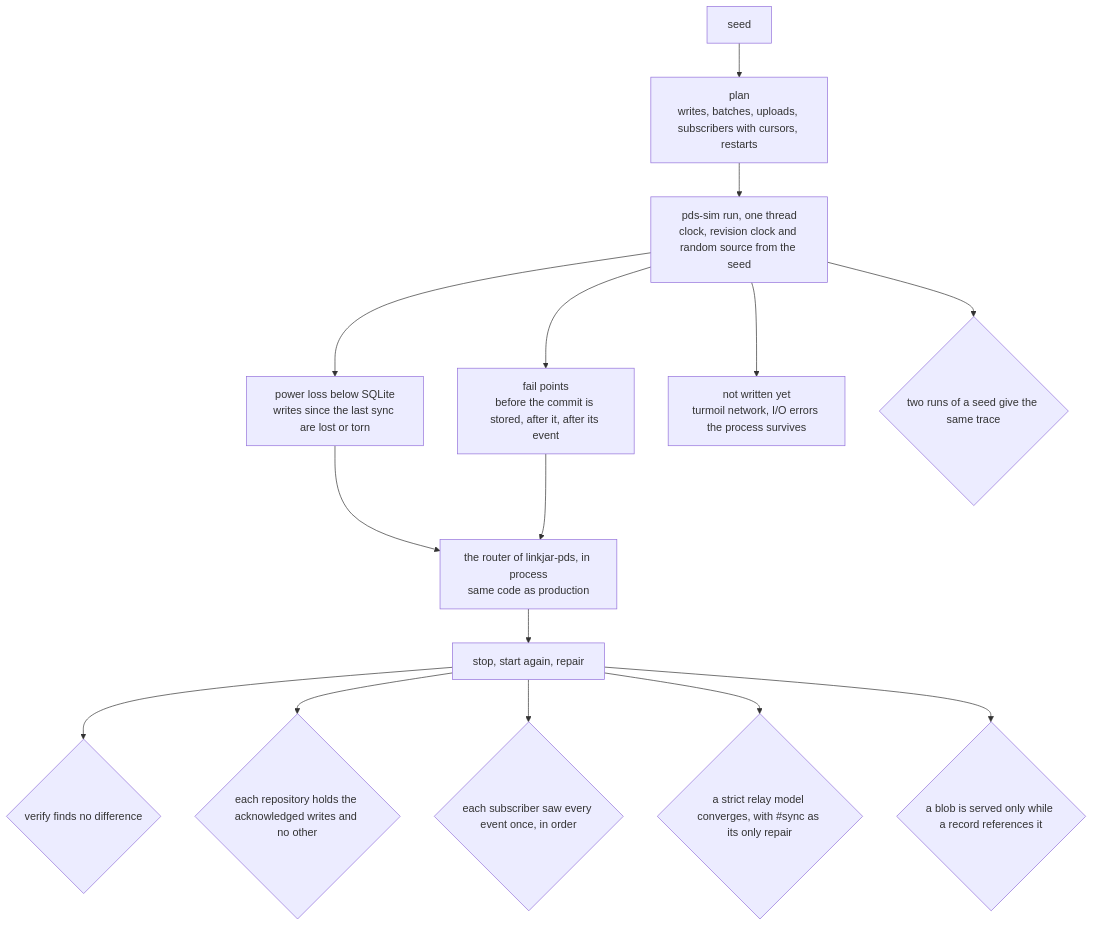
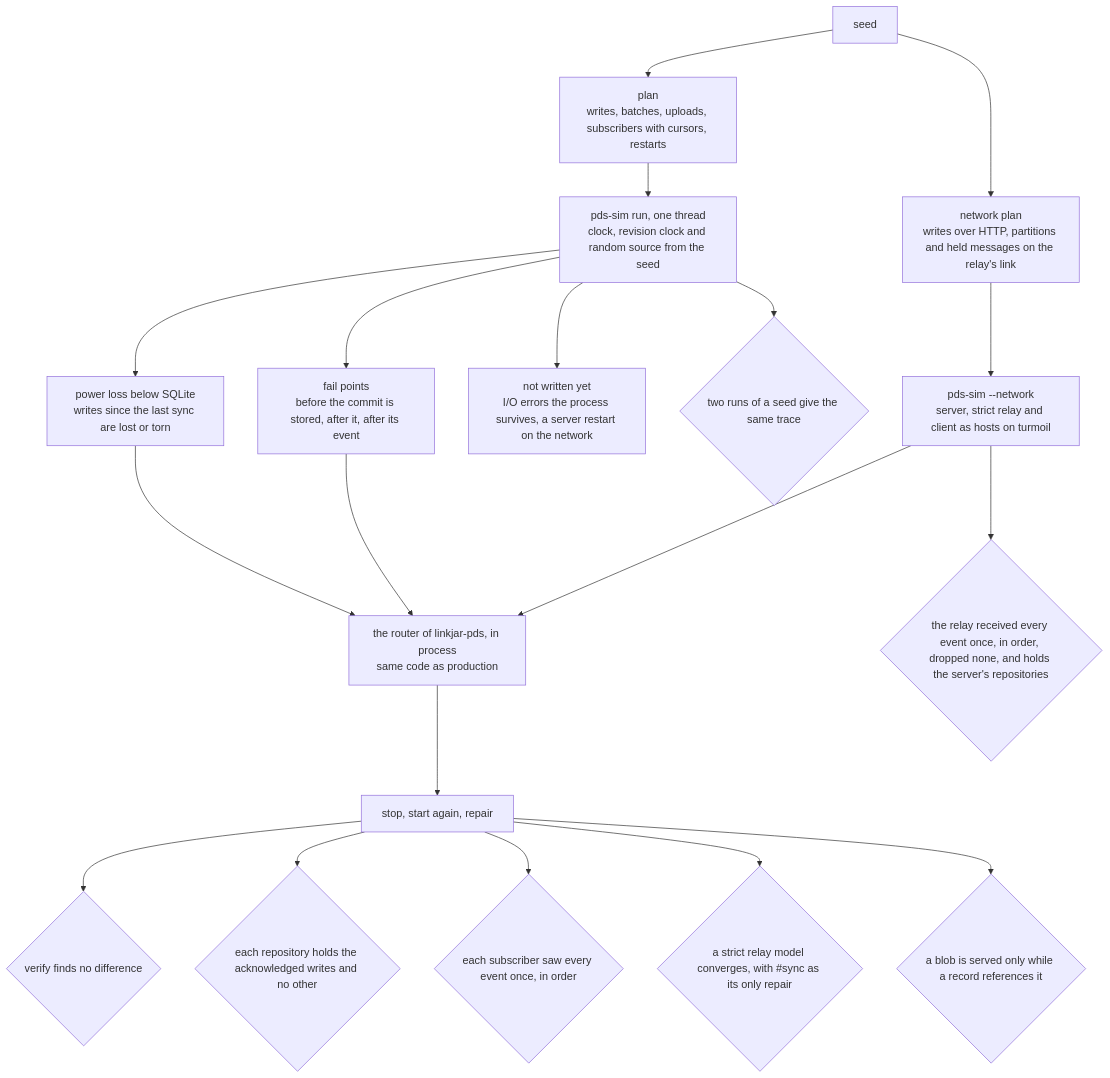
Before and after one commit to linkjar/pds: the diagram in docs/architecture/diagrams/13-simulation.mmd, drawn with Mermaid. The commit also changed 17 other files, not shown here.

```diff
--- a/docs/architecture/diagrams/13-simulation.mmd
+++ b/docs/architecture/diagrams/13-simulation.mmd
@@ -1,15 +1,19 @@
 flowchart TB
   seed[seed] --> plan[plan<br/>writes, batches, uploads, subscribers with cursors, restarts]
   plan --> run[pds-sim run, one thread<br/>clock, revision clock and random source from the seed]
   run --> vfs[power loss below SQLite<br/>writes since the last sync are lost or torn]
   vfs --> sut
   run --> fp[fail points<br/>before the commit is stored, after it, after its event]
-  run --> later[not written yet<br/>turmoil network, I/O errors the process survives]
+  seed --> netplan[network plan<br/>writes over HTTP, partitions and held messages on the relay's link]
+  netplan --> net[pds-sim --network<br/>server, strict relay and client as hosts on turmoil]
+  net --> sut
+  net --> o6{the relay received every event once, in order, dropped none, and holds the server's repositories}
+  run --> later[not written yet<br/>I/O errors the process survives, a server restart on the network]
   fp --> sut[the router of linkjar-pds, in process<br/>same code as production]
   sut --> restart[stop, start again, repair]
   restart --> o1{verify finds no difference}
   restart --> o2{each repository holds the acknowledged writes and no other}
   restart --> o3{each subscriber saw every event once, in order}
   restart --> o4{a strict relay model converges, with #sync as its only repair}
   restart --> o5{a blob is served only while a record references it}
   run --> meta{two runs of a seed give the same trace}
```
